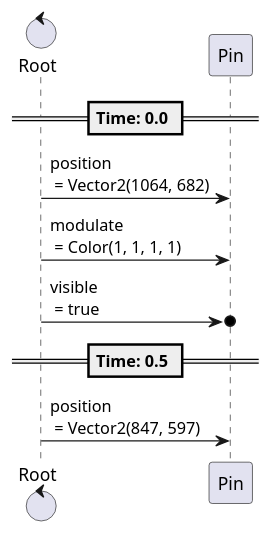
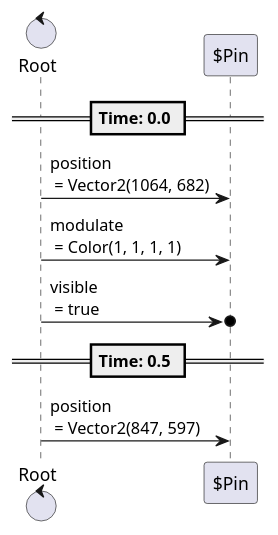
Diagram 17 of 24 in content/scenes/src/beginning/chapters/chapters.tscn.adoc (tkmfujise/Platformer-Game-Learning), drawn with PlantUML before and after one commit. The commit also changed other lines of this file and 31 other files, not shown here.

Commit message:
Add prefix $ to node name in animation sequences

```diff
--- a/content/scenes/src/beginning/chapters/chapters.tscn.adoc
+++ b/content/scenes/src/beginning/chapters/chapters.tscn.adoc
@@ -711,16 +711,16 @@
 [plantuml]
 ....
-control "Root" as Root
-participant "Pin" as T0
+control "Root" as R
+participant "$Pin" as T0
 
 
 
 == Time: 0.0 ==
-Root  ->  T0 : position\n = Vector2(1064, 682)
-Root  ->  T0 : modulate\n = Color(1, 1, 1, 1)
-Root  ->o  T0 : visible\n = true
+R  ->  T0 : position\n = Vector2(1064, 682)
+R  ->  T0 : modulate\n = Color(1, 1, 1, 1)
+R  ->o  T0 : visible\n = true
 == Time: 0.5 ==
-Root  ->  T0 : position\n = Vector2(847, 597)
+R  ->  T0 : position\n = Vector2(847, 597)
 
 
 ....
```
